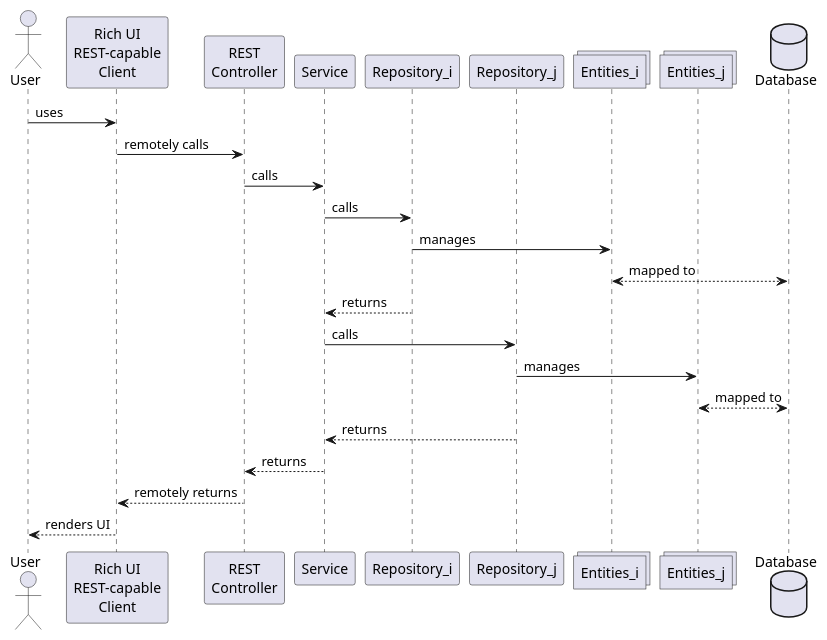
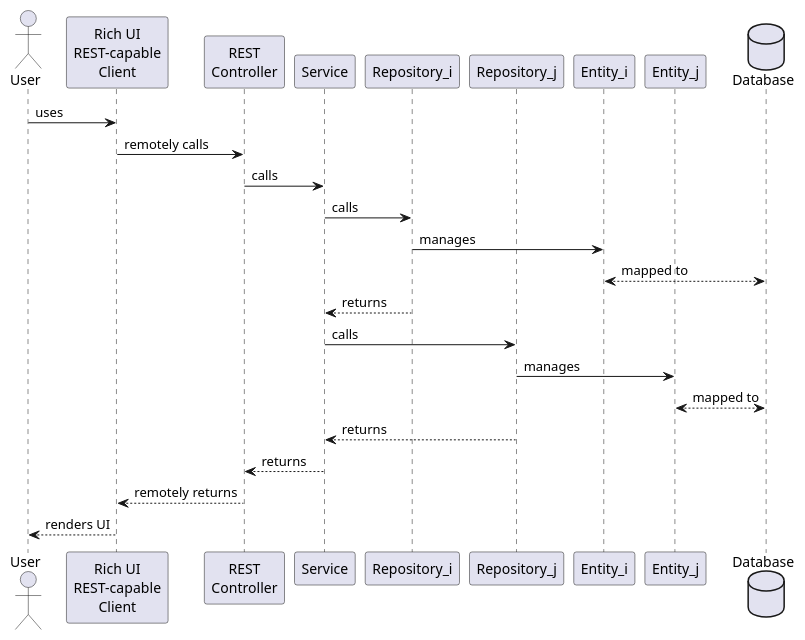
Before and after one commit to oiraqi/xcommerce-monolithic: the diagram in final/src/main/resources/diagram.sequence.2.rcc.complexe.wsd, drawn with PlantUML. The commit also changed 3 other files, not shown here.

```diff
--- a/final/src/main/resources/diagram.sequence.2.rcc.complexe.wsd
+++ b/final/src/main/resources/diagram.sequence.2.rcc.complexe.wsd
@@ -1,25 +1,25 @@
 @startuml SequenceDiagram
 actor User as User
 participant "Rich UI\nREST-capable\nClient" as Client
 participant "REST\nController" as Controller
 participant Service as Service
 participant Repository_i as Rep_i
 participant Repository_j as Rep_j
-collections Entities_i as Ent_i
-collections Entities_j as Ent_j
+participant Entity_i as Ent_i
+participant Entity_j as Ent_j
 database Database as DB
 User -> Client : uses
 Client -> Controller : remotely calls
 Controller -> Service : calls
 Service -> Rep_i : calls
 Rep_i -> Ent_i : manages
 Ent_i <--> DB : mapped to
 Rep_i --> Service : returns
 Service -> Rep_j : calls
 Rep_j -> Ent_j : manages
 Ent_j <--> DB : mapped to
 Rep_j --> Service : returns
 Service --> Controller : returns
 Controller --> Client : remotely returns
 Client --> User : renders UI
 @enduml
```
